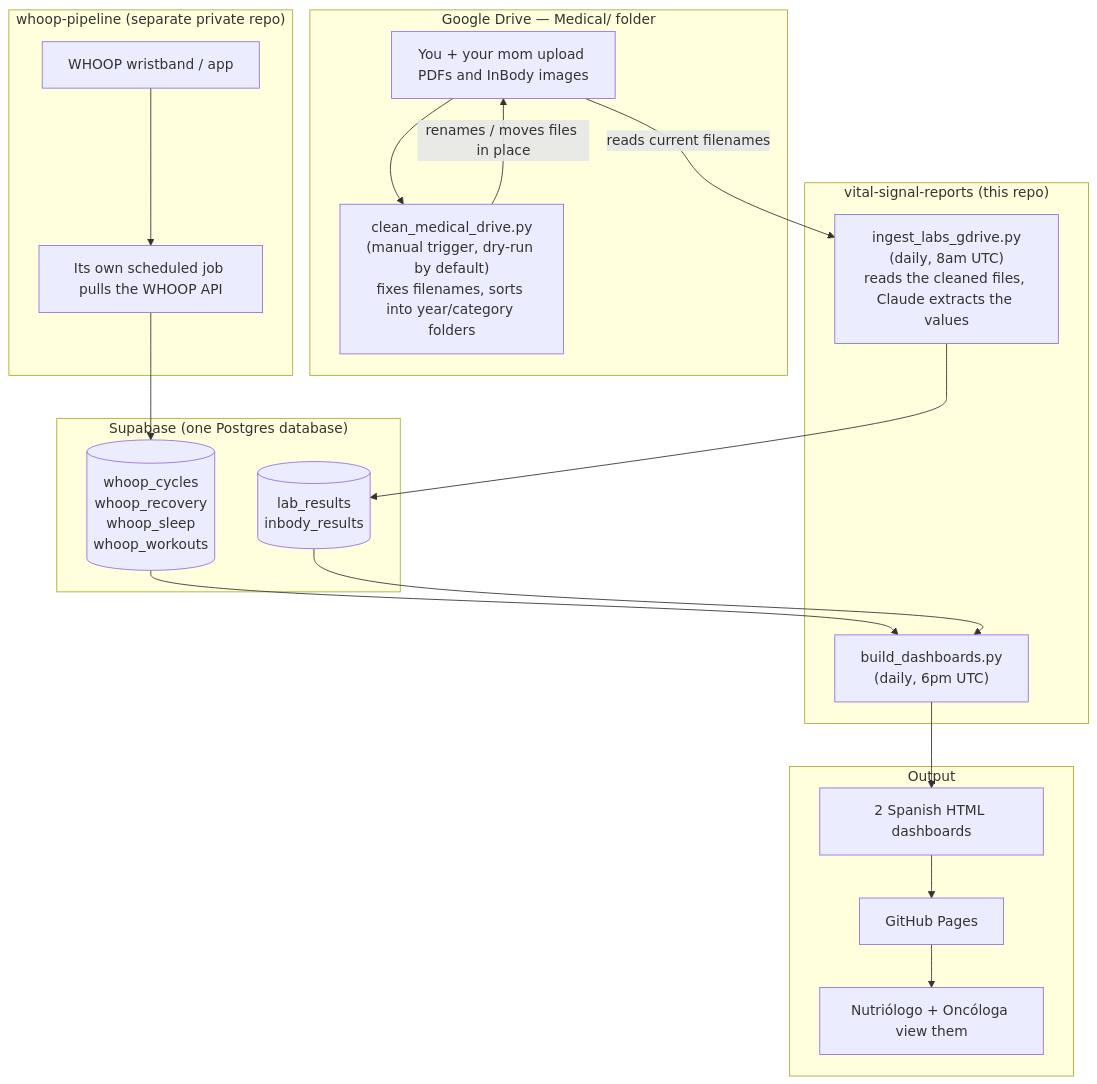
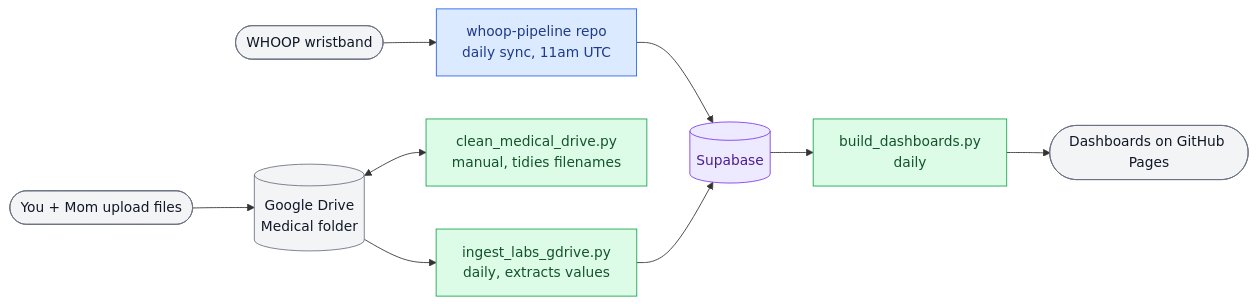
The diagram in README.md (fernandomartinez-de/vital-signal-reports), drawn with Mermaid before and after one commit. The commit also changed other lines of this file, not shown here.

First line of the commit message:
Simplify README diagram and shorten the explanation

````diff
--- a/README.md
+++ b/README.md
@@ -18,38 +9,23 @@
 ```mermaid
-flowchart TD
-    subgraph W["whoop-pipeline (separate private repo)"]
-        W1[WHOOP wristband / app]
-        W2[Its own scheduled job pulls the WHOOP API]
-        W1 --> W2
-    end
+flowchart LR
+    W(["WHOOP wristband"]) --> WP["whoop-pipeline repo<br/>daily sync, 11am UTC"]
+    WP --> DB[("Supabase")]
 
-    subgraph D["Google Drive — Medical/ folder"]
-        D1[You + your mom upload PDFs and InBody images]
-        D2["clean_medical_drive.py<br/>(manual trigger, dry-run by default)<br/>fixes filenames, sorts into year/category folders"]
-        D1 --> D2
-        D2 -->|renames / moves files in place| D1
-    end
+    U(["You + Mom upload files"]) --> GD[("Google Drive<br/>Medical folder")]
+    GD <--> CL["clean_medical_drive.py<br/>manual, tidies filenames"]
+    GD --> IN["ingest_labs_gdrive.py<br/>daily, extracts values"]
+    IN --> DB
 
-    subgraph R["vital-signal-reports (this repo)"]
-        I["ingest_labs_gdrive.py<br/>(daily, 8am UTC)<br/>reads the cleaned files, Claude extracts the values"]
-        B["build_dashboards.py<br/>(daily, 6pm UTC)"]
-    end
+    DB --> BD["build_dashboards.py<br/>daily"]
+    BD --> OUT(["Dashboards on GitHub Pages"])
 
-    subgraph S["Supabase (one Postgres database)"]
-        ST[("whoop_cycles<br/>whoop_recovery<br/>whoop_sleep<br/>whoop_workouts")]
-        SL[("lab_results<br/>inbody_results")]
-    end
+    classDef repo fill:#dbeafe,stroke:#2563eb,color:#1e3a8a;
+    classDef thisrepo fill:#dcfce7,stroke:#16a34a,color:#14532d;
+    classDef db fill:#ede9fe,stroke:#7c3aed,color:#4c1d95;
+    classDef ext fill:#f3f4f6,stroke:#6b7280,color:#111827;
 
-    subgraph O["Output"]
-        H["2 Spanish HTML dashboards"]
-        P["GitHub Pages"]
-        DOC["Nutriólogo + Oncóloga view them"]
-    end
-
-    W2 --> ST
-    D1 -->|reads current filenames| I
-    I --> SL
-    ST --> B
-    SL --> B
-    B --> H --> P --> DOC
+    class WP repo;
+    class CL,IN,BD thisrepo;
+    class DB db;
+    class W,U,OUT,GD ext;
 ```
````
